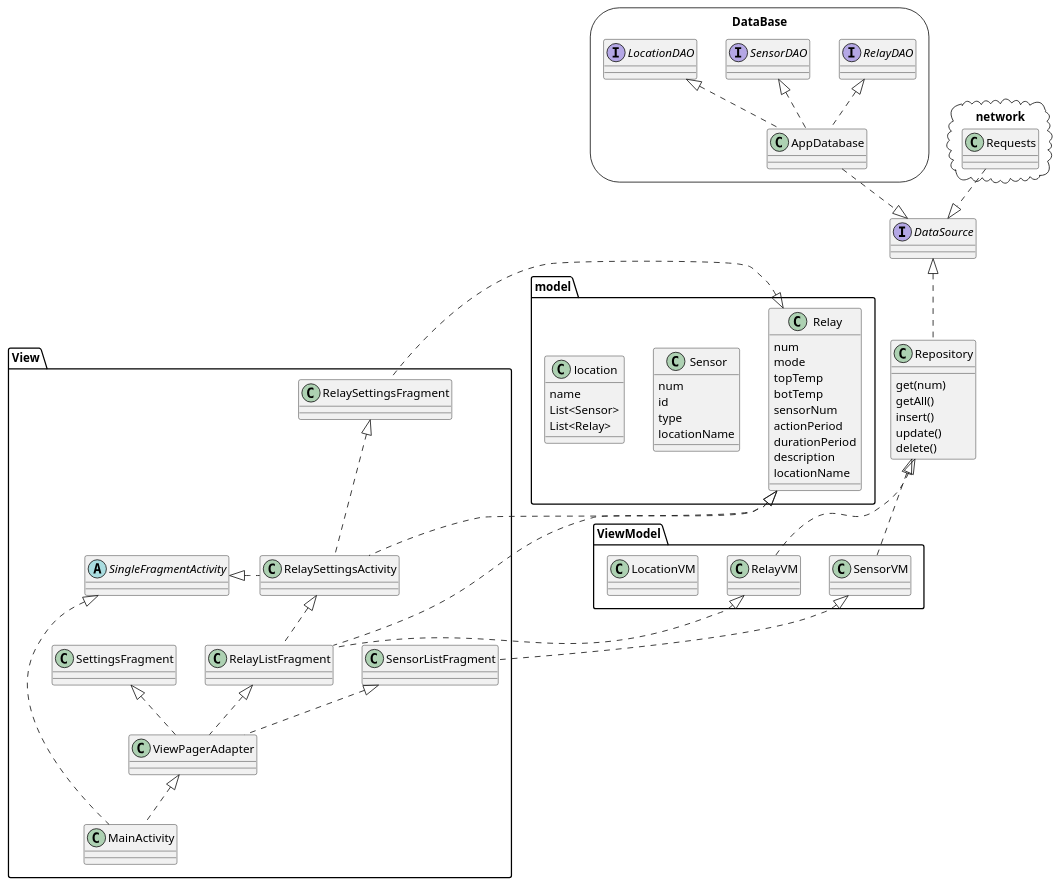
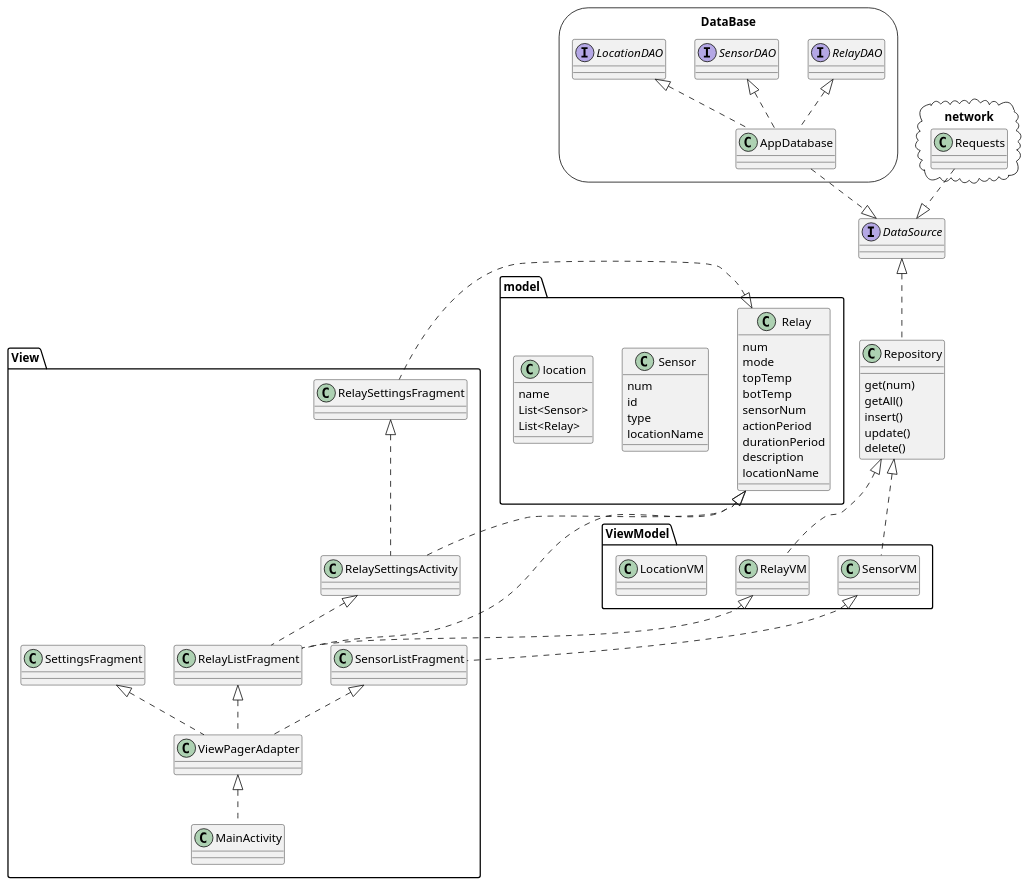
One commit to millerGrey/SmartHouse changed the diagram in app/src/main/java/grey/smarthouse/dg.puml. Above: the diagram before and after it, drawn with PlantUML. The commit also changed 9 other files, not shown here.

```diff
--- a/app/src/main/java/grey/smarthouse/dg.puml
+++ b/app/src/main/java/grey/smarthouse/dg.puml
@@ -1,90 +1,87 @@
 @startuml
 
 package View{
     class MainActivity
     class RelaySettingsActivity
-    abstract class SingleFragmentActivity
     class SensorListFragment
     class SettingsFragment
     class RelaySettingsFragment
     class ViewPagerAdapter
     class RelayListFragment
 }
 
 package model{
     class Relay{
         num
         mode
         topTemp
         botTemp
         sensorNum
         actionPeriod
         durationPeriod
         description
         locationName
     }
     class Sensor{
         num
         id
         type
         locationName
     }
     class location{
         name
         List<Sensor>
         List<Relay>
     }
 }
 
 package ViewModel{
     class RelayVM
     class SensorVM
     class LocationVM
 }
 
 storage DataBase {
     class AppDatabase
     interface RelayDAO
     interface SensorDAO
     interface LocationDAO
 }
 
 cloud network{
     class Requests
 }
 
 
 
 
 class Repository{
     get(num)
     getAll()
     insert()
     update()
     delete()
 }
 interface DataSource
 
 
 Relay <|.. RelayListFragment
 Relay <|. RelaySettingsFragment
 Relay <|.. RelaySettingsActivity
-SingleFragmentActivity <|. RelaySettingsActivity
-SingleFragmentActivity <|. MainActivity
 RelaySettingsFragment <|.. RelaySettingsActivity
 RelaySettingsActivity <|.. RelayListFragment
 SettingsFragment <|.. ViewPagerAdapter
 SensorListFragment <|.. ViewPagerAdapter
 RelayListFragment <|.. ViewPagerAdapter
 ViewPagerAdapter <|.. MainActivity
 RelayVM <|.. RelayListFragment
 SensorVM <|.. SensorListFragment
 Repository <|.. RelayVM
 Repository <|.. SensorVM
 DataSource <|.. Repository
 AppDatabase ..|> DataSource
 Requests ..|> DataSource
 LocationDAO <|.. AppDatabase
 SensorDAO <|.. AppDatabase
 RelayDAO <|.. AppDatabase
 @enduml
```
